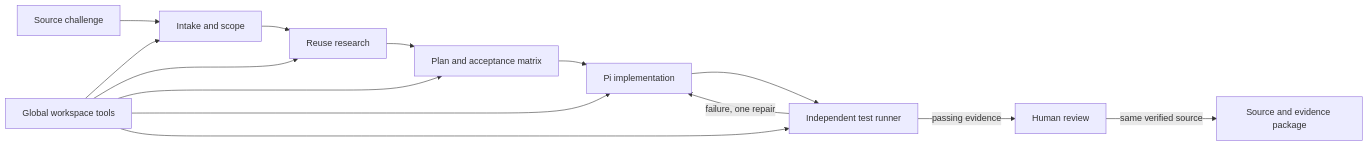
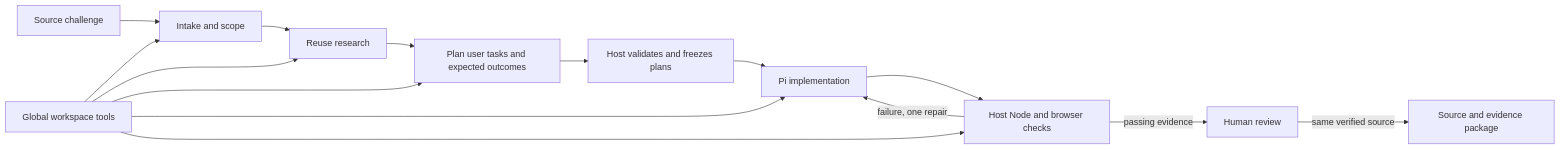
One commit to danjung9/FleetHarness changed the diagram in docs/pipeline.md. Above: the diagram before and after it, drawn with Mermaid. The commit also changed other lines of this file and 80 other files, not shown here.

````diff
--- a/docs/pipeline.md
+++ b/docs/pipeline.md
@@ -32,16 +36,17 @@
 ```mermaid
 flowchart LR
   C[Source challenge] --> I[Intake and scope]
   I --> R[Reuse research]
-  R --> P[Plan and acceptance matrix]
-  P --> B[Pi implementation]
+  R --> P[Plan user tasks and expected outcomes]
+  P --> F[Host validates and freezes plans]
+  F --> B[Pi implementation]
   G[Global workspace tools] --> I
   G --> R
   G --> P
   G --> B
   G --> V
-  B --> V[Independent test runner]
+  B --> V[Host Node and browser checks]
   V -->|failure, one repair| B
   V -->|passing evidence| H[Human review]
   H -->|same verified source| D[Source and evidence package]
 ```
````
